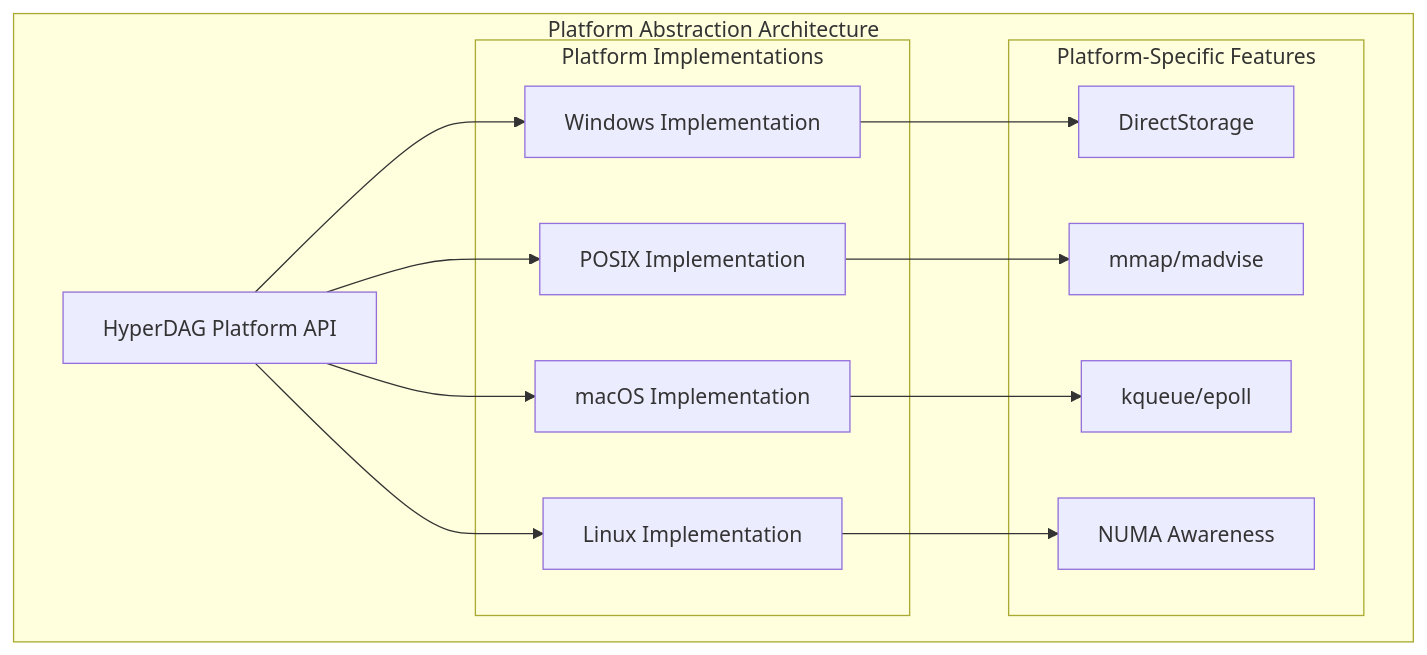
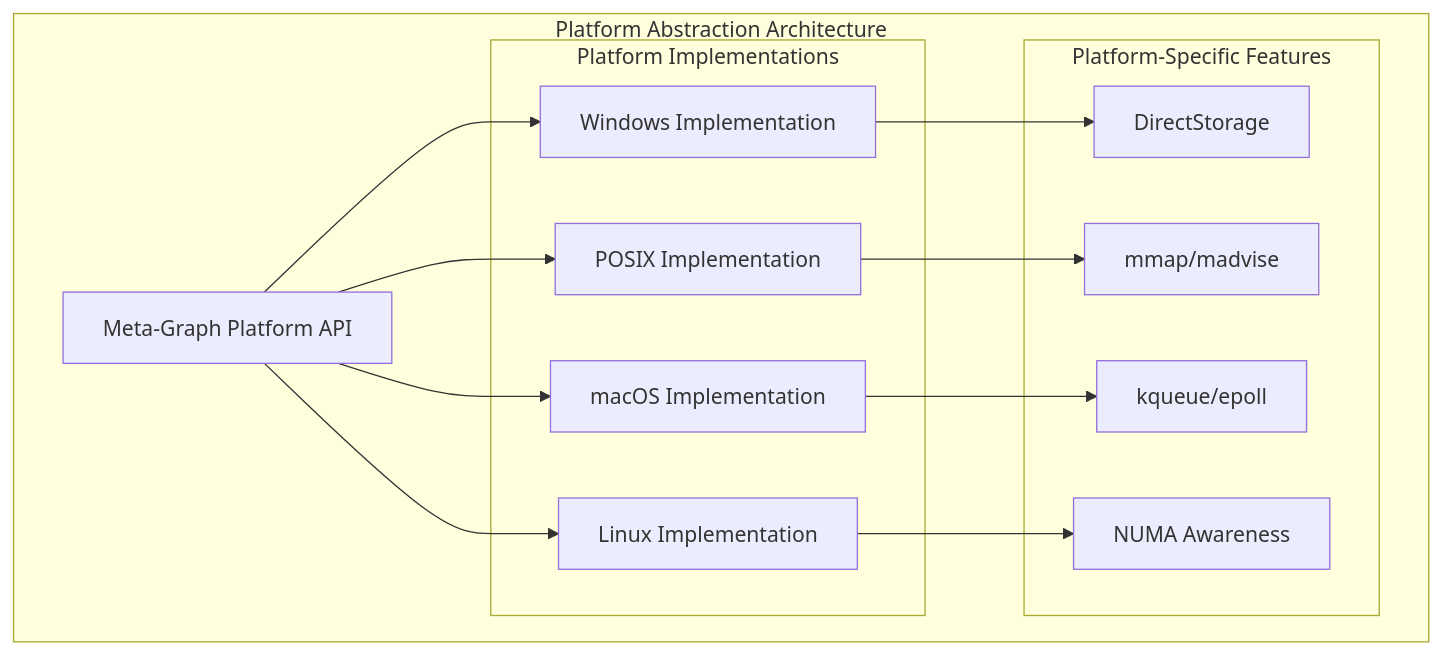
One commit to hyperdag/core changed the first of 2 diagrams in docs/features/F010-platform-abstraction.md. Above: the diagram before and after it, drawn with Mermaid. The commit also changed other lines of this file and 59 other files, not shown here.

````diff
--- a/docs/features/F010-platform-abstraction.md
+++ b/docs/features/F010-platform-abstraction.md
@@ -233,30 +233,30 @@
 ```mermaid
 graph TD
     subgraph "Platform Abstraction Architecture"
-        API[HyperDAG Platform API]
-        
+        API[Meta-Graph Platform API]
+
         subgraph "Platform Implementations"
             WIN[Windows Implementation]
             POSIX[POSIX Implementation]
             MACOS[macOS Implementation]
             LINUX[Linux Implementation]
         end
-        
+
         subgraph "Platform-Specific Features"
             DS[DirectStorage]
             MMAP[mmap/madvise]
             KQUEUE[kqueue/epoll]
             NUMA[NUMA Awareness]
         end
-        
+
         API --> WIN
         API --> POSIX
         API --> MACOS
         API --> LINUX
-        
+
         WIN --> DS
         POSIX --> MMAP
         MACOS --> KQUEUE
         LINUX --> NUMA
     end
 ```
````
